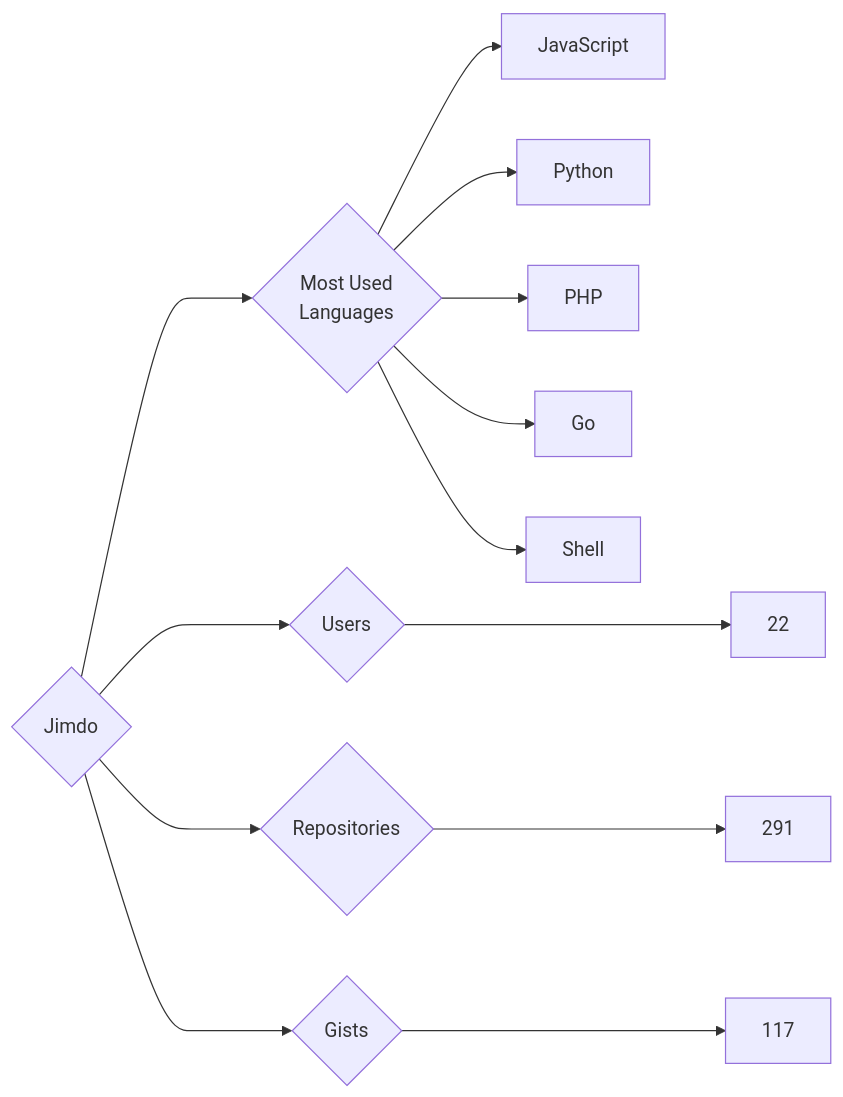
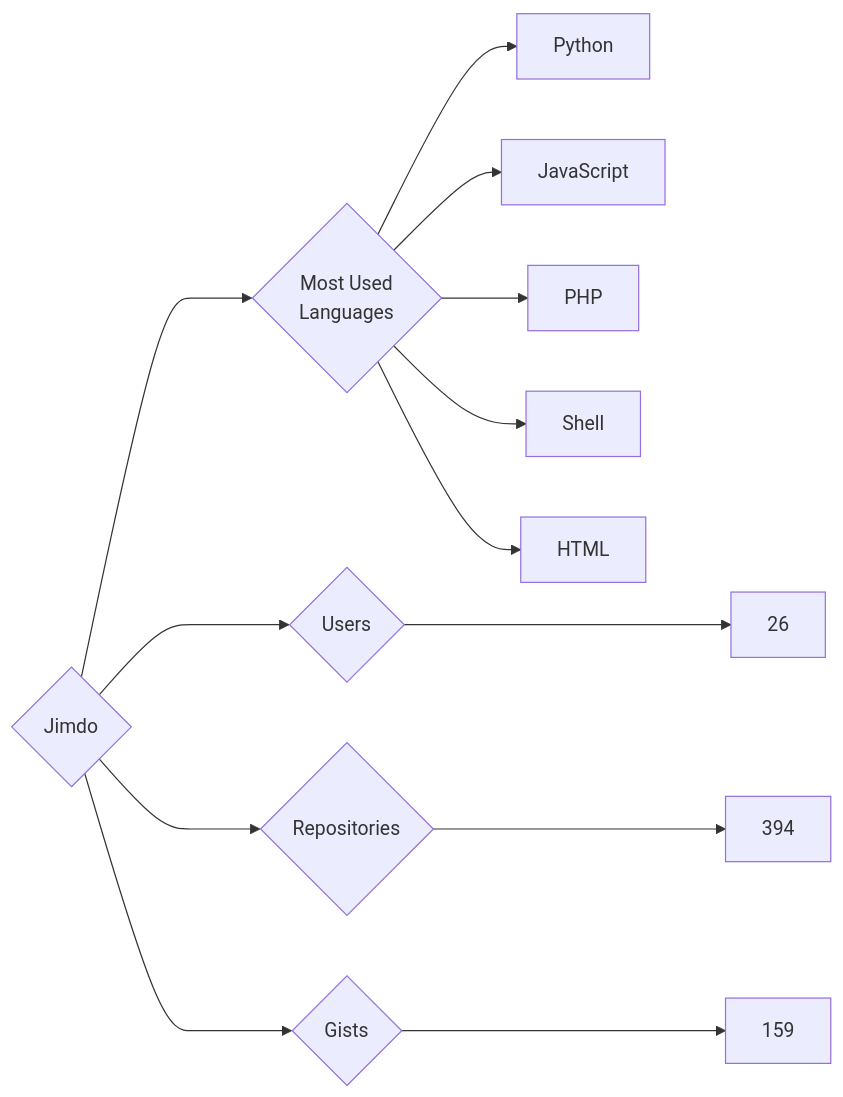
Before and after one commit to trickest/insiders: the diagram in targets/Jimdo/README.md, drawn with Mermaid. The commit also changed 953 other files, not shown here.

````diff
--- a/targets/Jimdo/README.md
+++ b/targets/Jimdo/README.md
@@ -3,13 +3,13 @@
 ```mermaid
 graph LR
 COMPANY_NAME{Jimdo}
-COMPANY_NAME ---> U{Users} ---> UN[22]
-COMPANY_NAME ---> R{Repositories} ---> RN[291]
-COMPANY_NAME ---> G{Gists} ---> GN[117]
+COMPANY_NAME ---> U{Users} ---> UN[26]
+COMPANY_NAME ---> R{Repositories} ---> RN[394]
+COMPANY_NAME ---> G{Gists} ---> GN[159]
 COMPANY_NAME ---> ML{Most Used<br>Languages}
+ML --> Python[Python]
 ML --> JavaScript[JavaScript]
-ML --> Python[Python]
 ML --> PHP[PHP]
-ML --> Go[Go]
 ML --> Shell[Shell]
+ML --> HTML[HTML]
 ```
````
